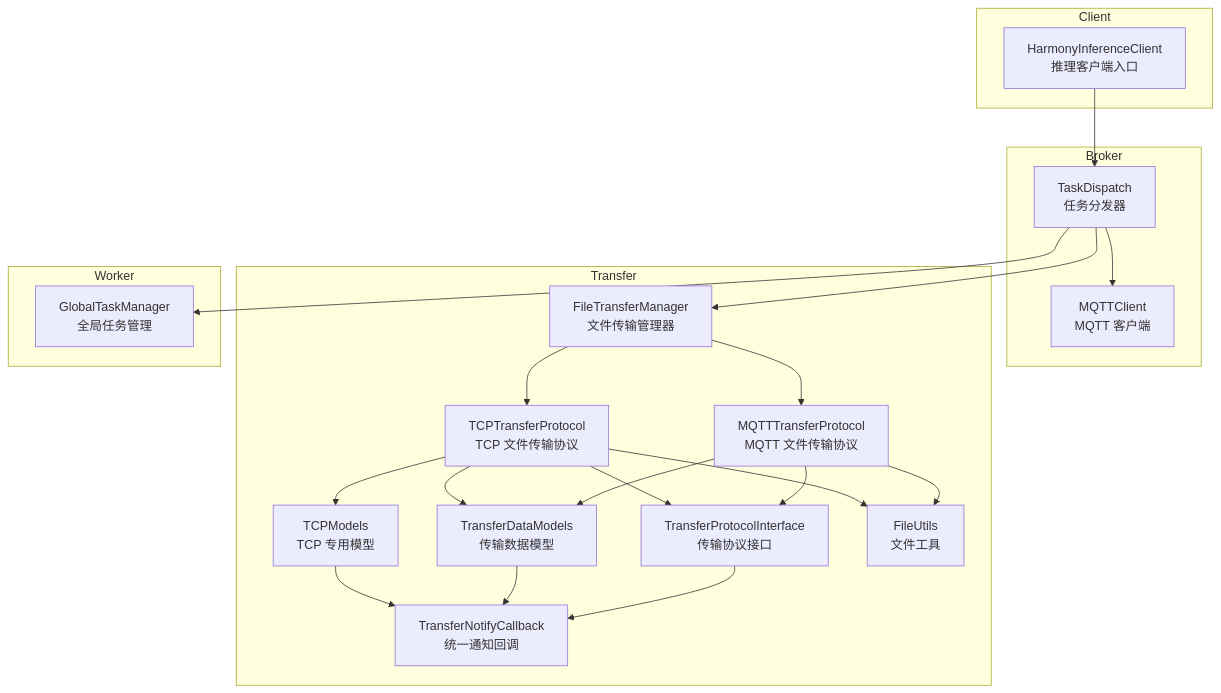
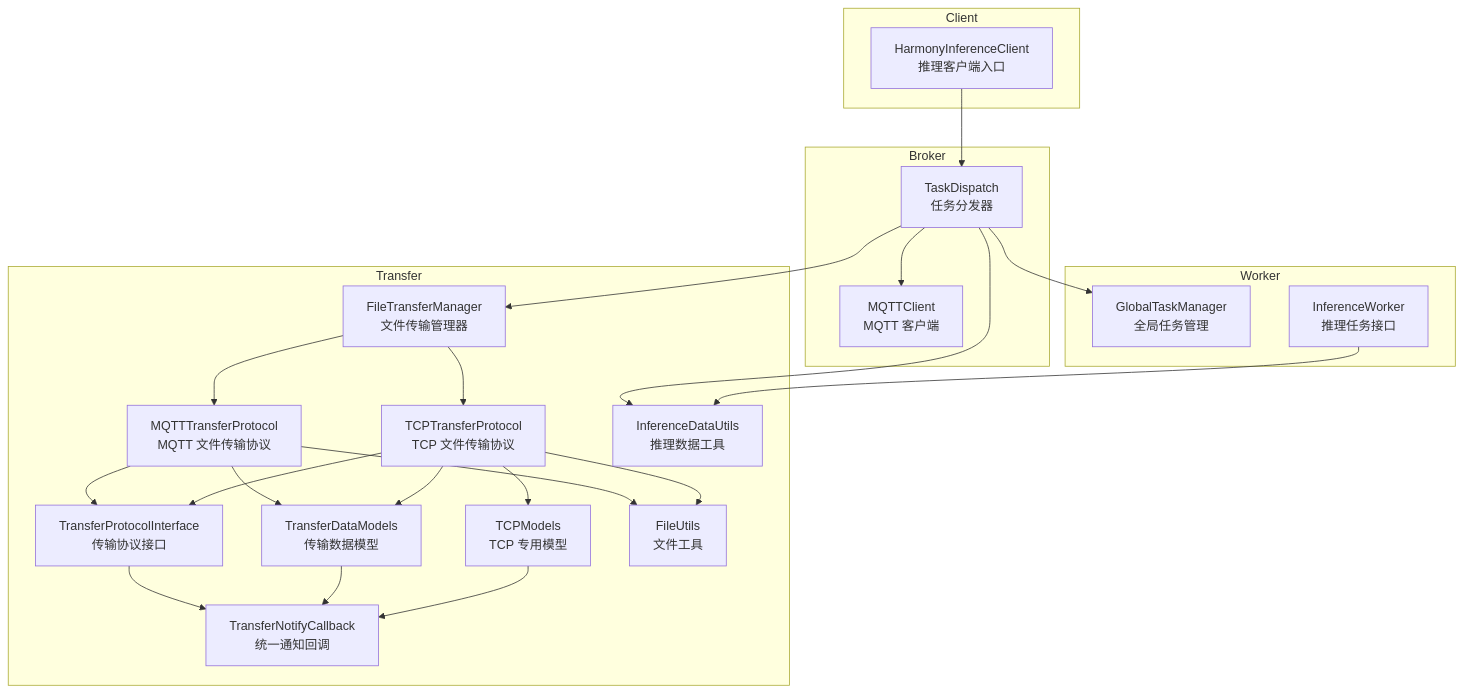
Before and after one commit to huo65/OH-Co3: the first of 9 diagrams in .qoder/repowiki/zh/content/任务调度系统/任务分发机制.md, drawn with Mermaid. The commit also changed other lines of this file and 15 other files, not shown here.

````diff
--- a/.qoder/repowiki/zh/content/任务调度系统/任务分发机制.md
+++ b/.qoder/repowiki/zh/content/任务调度系统/任务分发机制.md
@@ -51,39 +55,43 @@
 ```mermaid
 graph TB
 subgraph "Broker"
 A["TaskDispatch<br/>任务分发器"]
 B["MQTTClient<br/>MQTT 客户端"]
 end
 subgraph "Transfer"
 C["FileTransferManager<br/>文件传输管理器"]
 D["MQTTTransferProtocol<br/>MQTT 文件传输协议"]
 E["TCPTransferProtocol<br/>TCP 文件传输协议"]
 F["TransferProtocolInterface<br/>传输协议接口"]
 G["TransferDataModels<br/>传输数据模型"]
 H["TCPModels<br/>TCP 专用模型"]
 I["FileUtils<br/>文件工具"]
 J["TransferNotifyCallback<br/>统一通知回调"]
+K["InferenceDataUtils<br/>推理数据工具"]
 end
 subgraph "Worker"
-K["GlobalTaskManager<br/>全局任务管理"]
+L["GlobalTaskManager<br/>全局任务管理"]
+M["InferenceWorker<br/>推理任务接口"]
 end
 subgraph "Client"
-L["HarmonyInferenceClient<br/>推理客户端入口"]
+N["HarmonyInferenceClient<br/>推理客户端入口"]
 end
-L --> A
+N --> A
 A --> B
 A --> C
+A --> L
 A --> K
 C --> D
 C --> E
 D --> F
 E --> F
 D --> I
 E --> I
 D --> G
 E --> G
 E --> H
 F --> J
 G --> J
 H --> J
+M --> K
 ```
````
